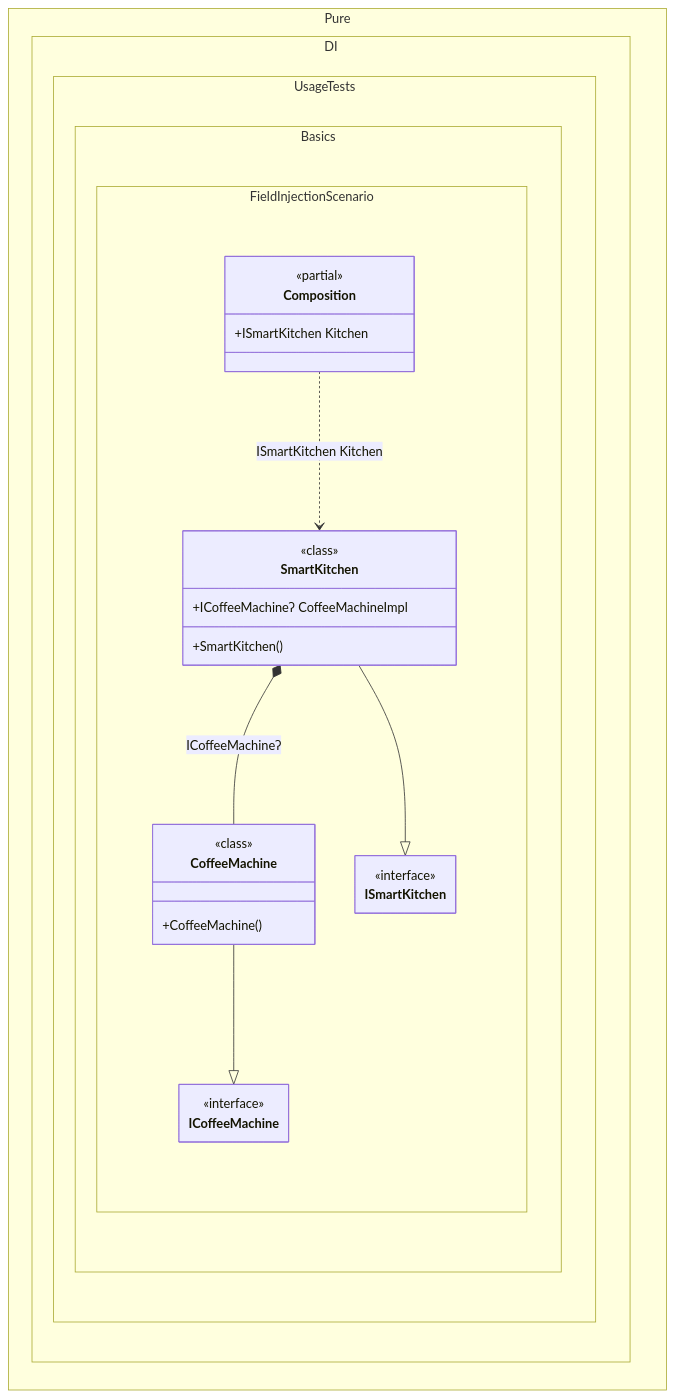
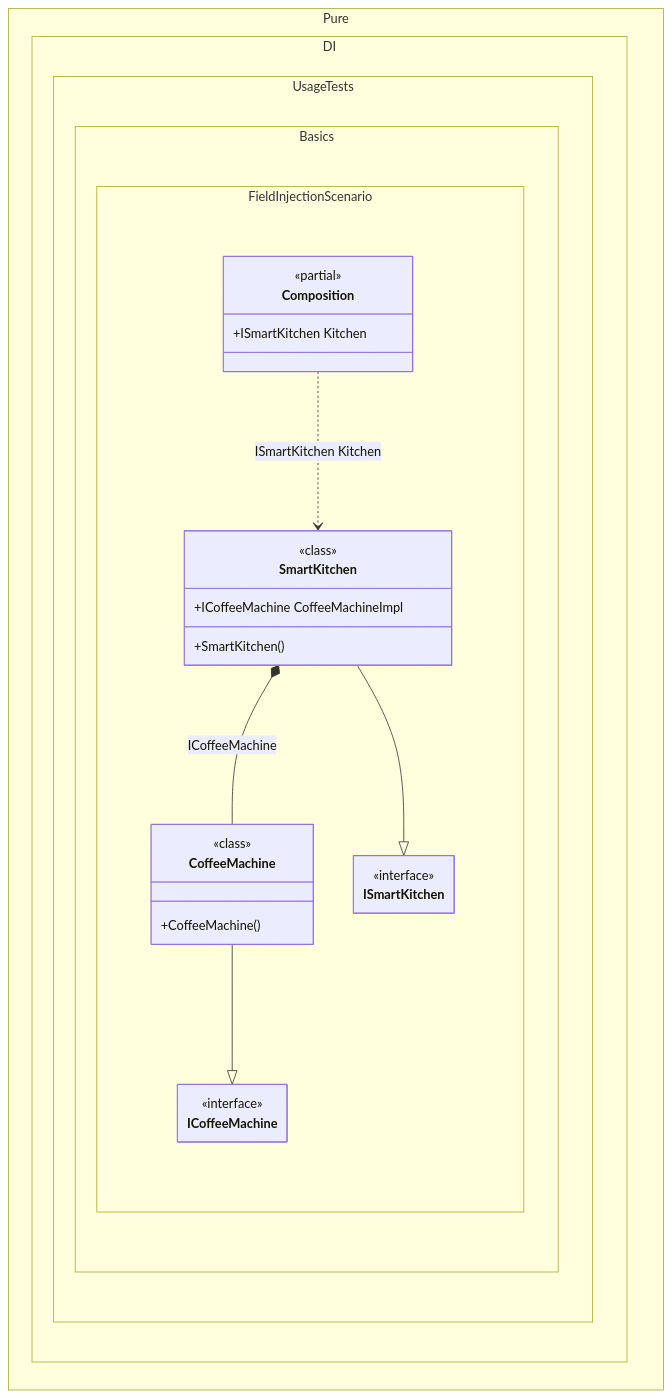
Before and after one commit to MaiKuraki/Pure.DI: the diagram in readme/field-injection.md, drawn with Mermaid. The commit also changed other lines of this file and 106 other files, not shown here.

````diff
--- a/readme/field-injection.md
+++ b/readme/field-injection.md
@@ -95,35 +95,35 @@
 ```mermaid
 ---
  config:
   maxTextSize: 2147483647
   maxEdges: 2147483647
   class:
    hideEmptyMembersBox: true
 ---
 classDiagram
 	CoffeeMachine --|> ICoffeeMachine
 	SmartKitchen --|> ISmartKitchen
 	Composition ..> SmartKitchen : ISmartKitchen Kitchen
-	SmartKitchen *--  CoffeeMachine : ICoffeeMachineɁ
+	SmartKitchen *--  CoffeeMachine : ICoffeeMachine
 	namespace Pure.DI.UsageTests.Basics.FieldInjectionScenario {
 		class CoffeeMachine {
 				<<class>>
 			+CoffeeMachine()
 		}
 		class Composition {
 		<<partial>>
 		+ISmartKitchen Kitchen
 		}
 		class ICoffeeMachine {
 			<<interface>>
 		}
 		class ISmartKitchen {
 			<<interface>>
 		}
 		class SmartKitchen {
 				<<class>>
 			+SmartKitchen()
-			+ICoffeeMachineɁ CoffeeMachineImpl
+			+ICoffeeMachine CoffeeMachineImpl
 		}
 	}
 ```
````
